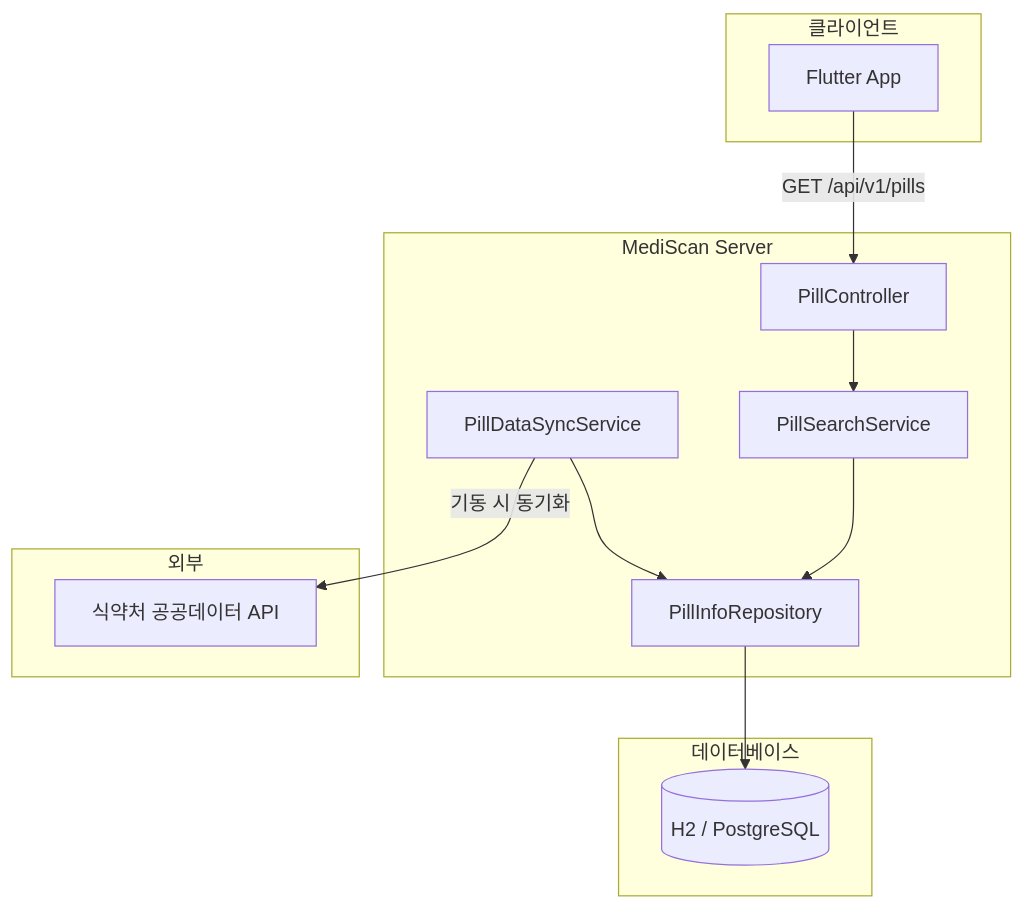
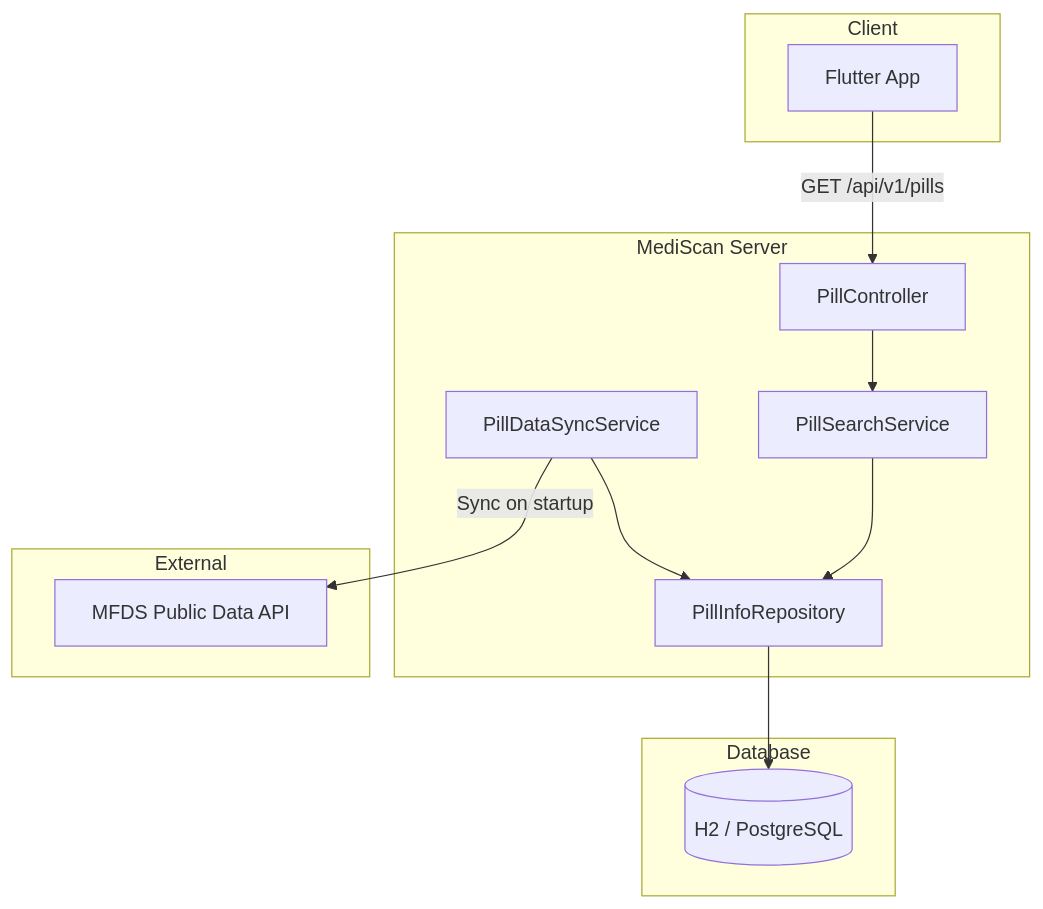
Before and after one commit to eunkyo3/medi-scan-server: the first of 3 diagrams in README.md, drawn with Mermaid. The commit also changed other lines of this file, not shown here.

````diff
--- a/README.md
+++ b/README.md
@@ -43,29 +43,29 @@
 ```mermaid
 flowchart TB
-    subgraph Client["클라이언트"]
+    subgraph Client["Client"]
         Flutter[Flutter App]
     end
 
     subgraph Server["MediScan Server"]
         Controller[PillController]
         SearchSvc[PillSearchService]
         SyncSvc[PillDataSyncService]
         Repo[PillInfoRepository]
     end
 
-    subgraph External["외부"]
-        API[식약처 공공데이터 API]
+    subgraph External["External"]
+        API[MFDS Public Data API]
     end
 
-    subgraph DB["데이터베이스"]
+    subgraph DB["Database"]
         H2[(H2 / PostgreSQL)]
     end
 
     Flutter -->|"GET /api/v1/pills"| Controller
     Controller --> SearchSvc
     SearchSvc --> Repo
     Repo --> H2
 
-    SyncSvc -->|"기동 시 동기화"| API
+    SyncSvc -->|"Sync on startup"| API
     SyncSvc --> Repo
 ```
````
